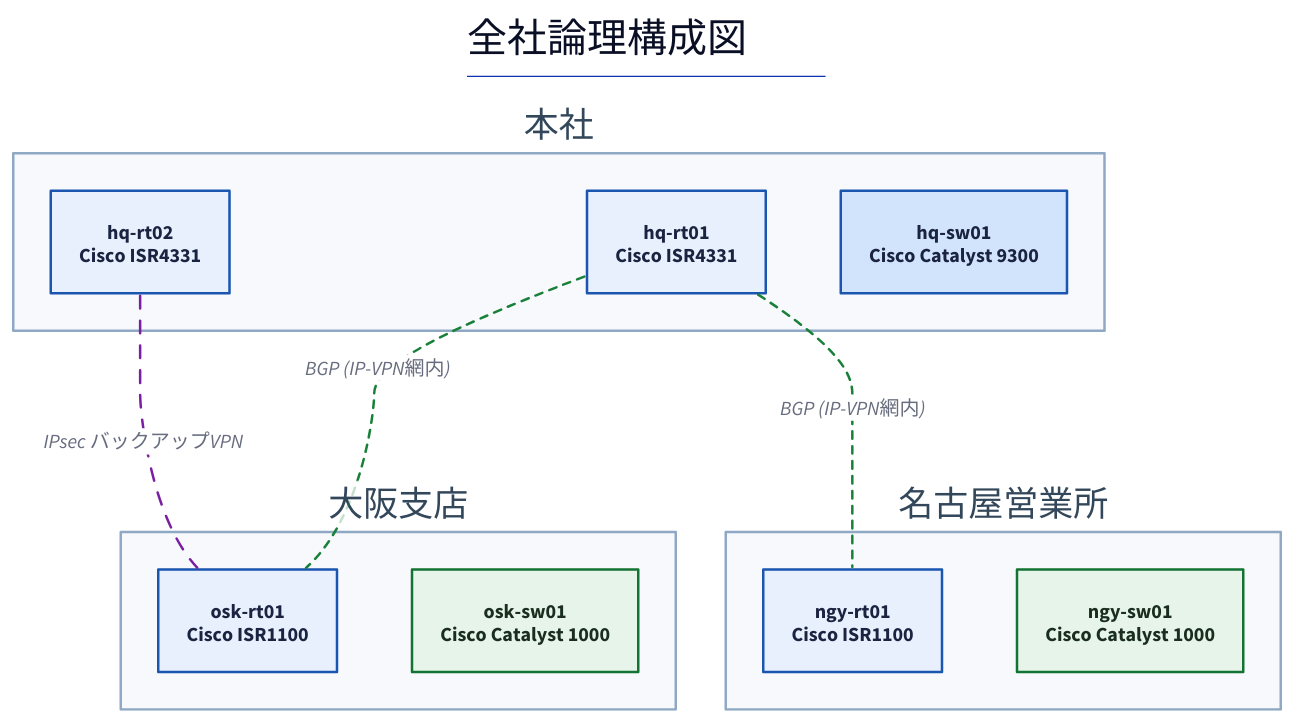
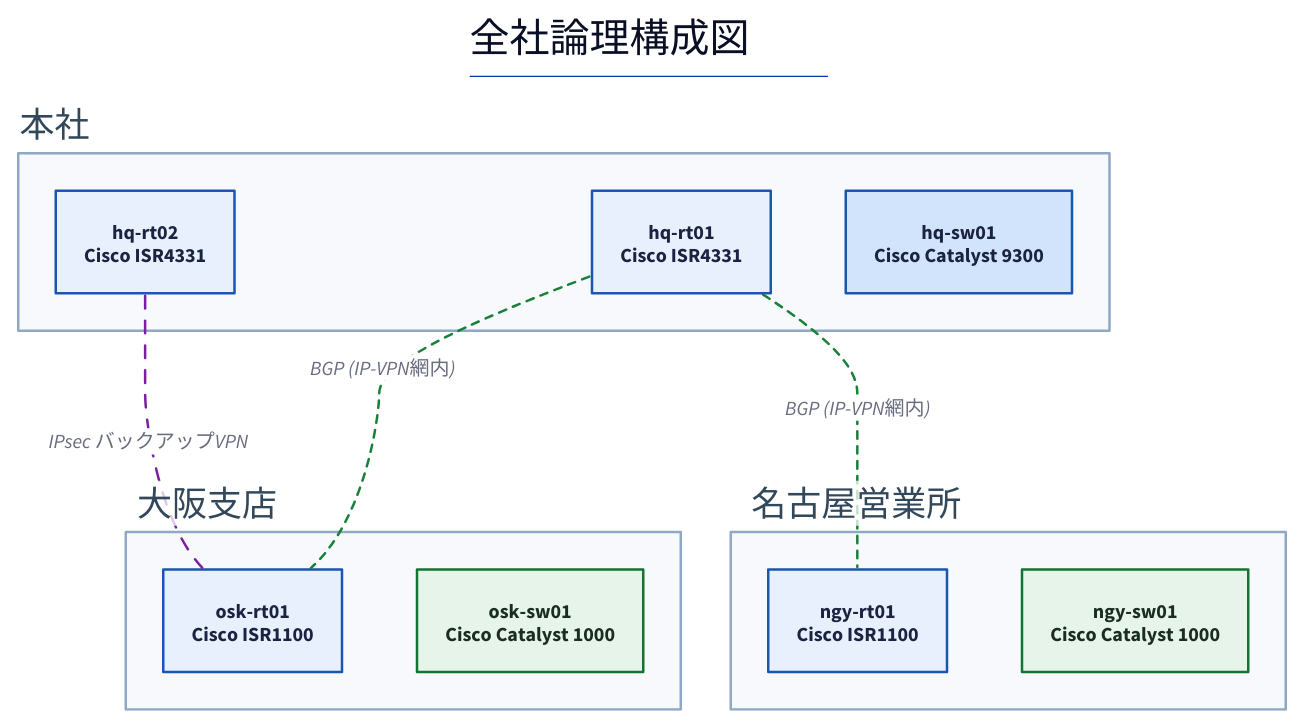
Before and after one commit to thinas1115/nwdsl: the diagram in examples/sample-corp/generated/logical-all.d2, drawn with D2. The commit also changed 27 other files, not shown here.

First line of the commit message:
fix: 構成図のラベル衝突を根絶 (タイトル退避・IFラベル分散・ノード幅自動拡張)

```diff
--- a/examples/sample-corp/generated/logical-all.d2
+++ b/examples/sample-corp/generated/logical-all.d2
@@ -1,43 +1,46 @@
 title: |md
   # 全社論理構成図
 | {near: top-center}
 direction: down
 
 classes: {
   role-router: {style.fill: "#e8f0fe"; style.stroke: "#1a56b0"; style.font-color: "#1a2340"}
   role-l3switch: {style.fill: "#d2e3fc"; style.stroke: "#1a56b0"; style.font-color: "#1a2340"}
   role-l2switch: {style.fill: "#e6f4ea"; style.stroke: "#137333"; style.font-color: "#1a2e1f"}
   role-firewall: {style.fill: "#fce8e6"; style.stroke: "#c5221f"; style.font-color: "#3c1a19"}
   role-other: {style.fill: "#f1f3f4"; style.stroke: "#5f6368"; style.font-color: "#202124"}
   node-cloud: {shape: cloud; style.fill: "#f1f3f4"; style.stroke: "#5f6368"}
   node-site: {style.fill: "#fff8e1"; style.stroke: "#b58105"; style.font-color: "#4a3a08"}
   node-external: {style.fill: "#ffffff"; style.stroke: "#9aa0a6"; style.stroke-dash: 3}
   group-site: {style.fill: "#f7f9fc"; style.stroke: "#8fa8c4"; style.font-color: "#33475b"}
   edge-lan-cable: {style.stroke: "#4a4a4a"; style.stroke-width: 2}
   edge-wan-circuit: {style.stroke: "#1a73e8"; style.stroke-width: 4}
   edge-tunnel: {style.stroke: "#7b1fa2"; style.stroke-width: 2; style.stroke-dash: 5}
   edge-logical: {style.stroke: "#188038"; style.stroke-width: 2; style.stroke-dash: 3}
 }
 
 s_hq: "本社" {
   class: group-site
+  label.near: outside-top-left
   n_hq_rt02: "hq-rt02\nCisco ISR4331" {class: role-router}
   n_hq_rt01: "hq-rt01\nCisco ISR4331" {class: role-router}
   n_hq_sw01: "hq-sw01\nCisco Catalyst 9300" {class: role-l3switch}
 }
 
 s_osk: "大阪支店" {
   class: group-site
+  label.near: outside-top-left
   n_osk_rt01: "osk-rt01\nCisco ISR1100" {class: role-router}
   n_osk_sw01: "osk-sw01\nCisco Catalyst 1000" {class: role-l2switch}
 }
 
 s_ngy: "名古屋営業所" {
   class: group-site
+  label.near: outside-top-left
   n_ngy_rt01: "ngy-rt01\nCisco ISR1100" {class: role-router}
   n_ngy_sw01: "ngy-sw01\nCisco Catalyst 1000" {class: role-l2switch}
 }
 
 s_hq.n_hq_rt02 -- s_osk.n_osk_rt01: "IPsec バックアップVPN" {class: edge-tunnel}
 s_hq.n_hq_rt01 -- s_osk.n_osk_rt01: "BGP (IP-VPN網内)" {class: edge-logical}
 s_hq.n_hq_rt01 -- s_ngy.n_ngy_rt01: "BGP (IP-VPN網内)" {class: edge-logical}
```
